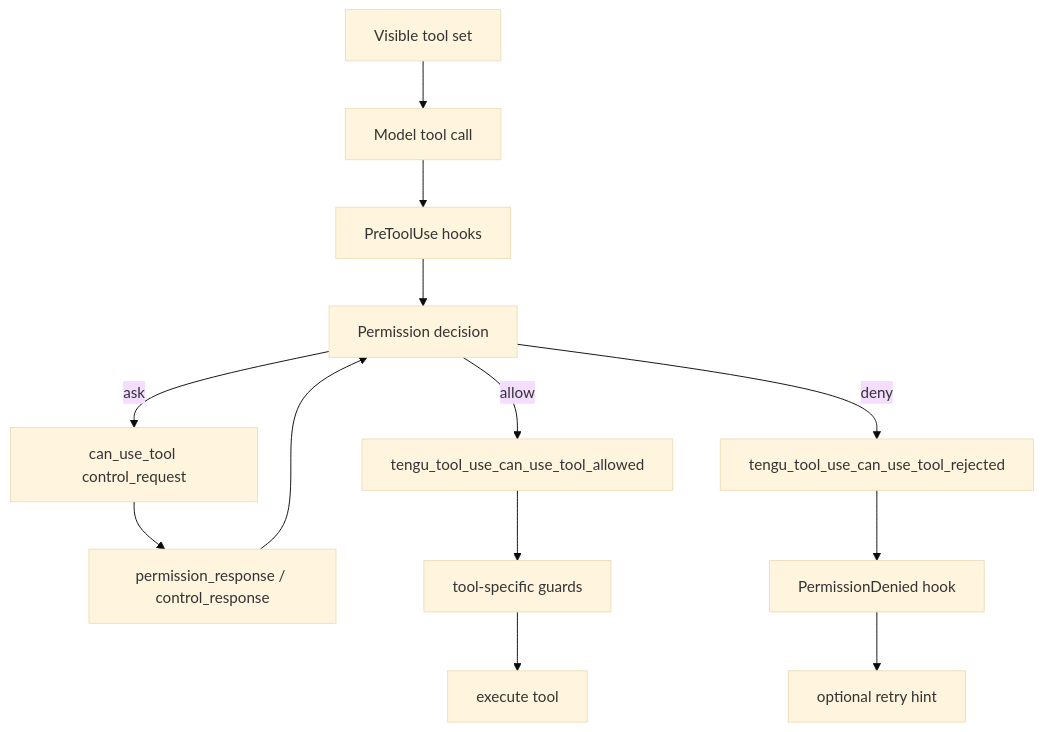
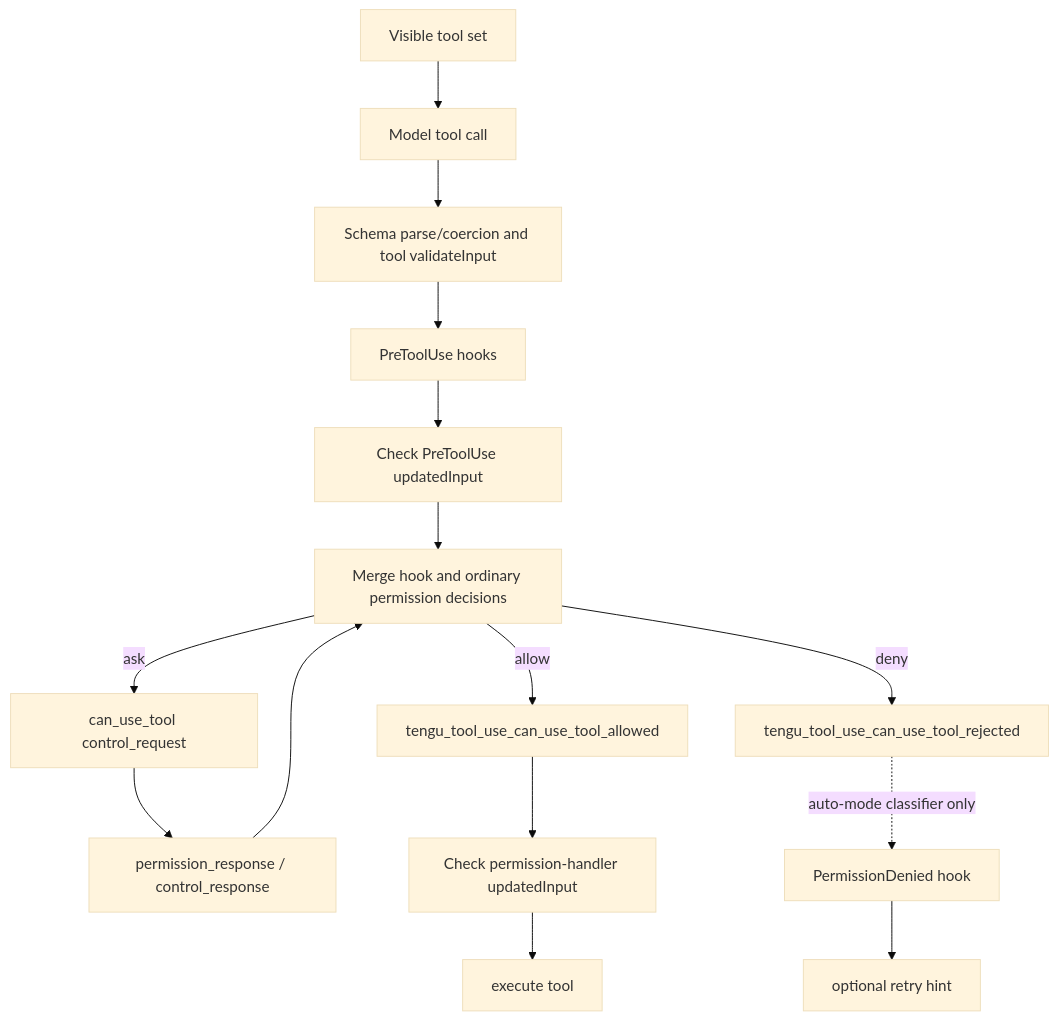
The second of 3 diagrams in docs/03-tools-integrations-security/built-in-tools-and-permissions.md (vibewatch/claude-code-internals), drawn with Mermaid (base theme) before and after one commit. The commit also changed other lines of this file and 46 other files, not shown here.

````diff
--- a/docs/03-tools-integrations-security/built-in-tools-and-permissions.md
+++ b/docs/03-tools-integrations-security/built-in-tools-and-permissions.md
@@ -105,15 +109,17 @@
 ```mermaid
 flowchart TD
     Visible[Visible tool set] --> Call[Model tool call]
-    Call --> PreHook[PreToolUse hooks]
-    PreHook --> Decision[Permission decision]
+    Call --> Initial[Schema parse/coercion and tool validateInput]
+    Initial --> PreHook[PreToolUse hooks]
+    PreHook --> HookCheck[Check PreToolUse updatedInput]
+    HookCheck --> Decision[Merge hook and ordinary permission decisions]
     Decision -->|allow| AllowedTelemetry[tengu_tool_use_can_use_tool_allowed]
     Decision -->|deny| DeniedTelemetry[tengu_tool_use_can_use_tool_rejected]
     Decision -->|ask| SDKAsk[can_use_tool control_request]
     SDKAsk --> HostResponse[permission_response / control_response]
     HostResponse --> Decision
-    DeniedTelemetry --> PermissionDeniedHook[PermissionDenied hook]
+    AllowedTelemetry --> FinalCheck[Check permission-handler updatedInput]
+    DeniedTelemetry -. auto-mode classifier only .-> PermissionDeniedHook[PermissionDenied hook]
     PermissionDeniedHook --> RetryHint[optional retry hint]
-    AllowedTelemetry --> Guards[tool-specific guards]
-    Guards --> Execute[execute tool]
+    FinalCheck --> Execute[execute tool]
 ```
````
